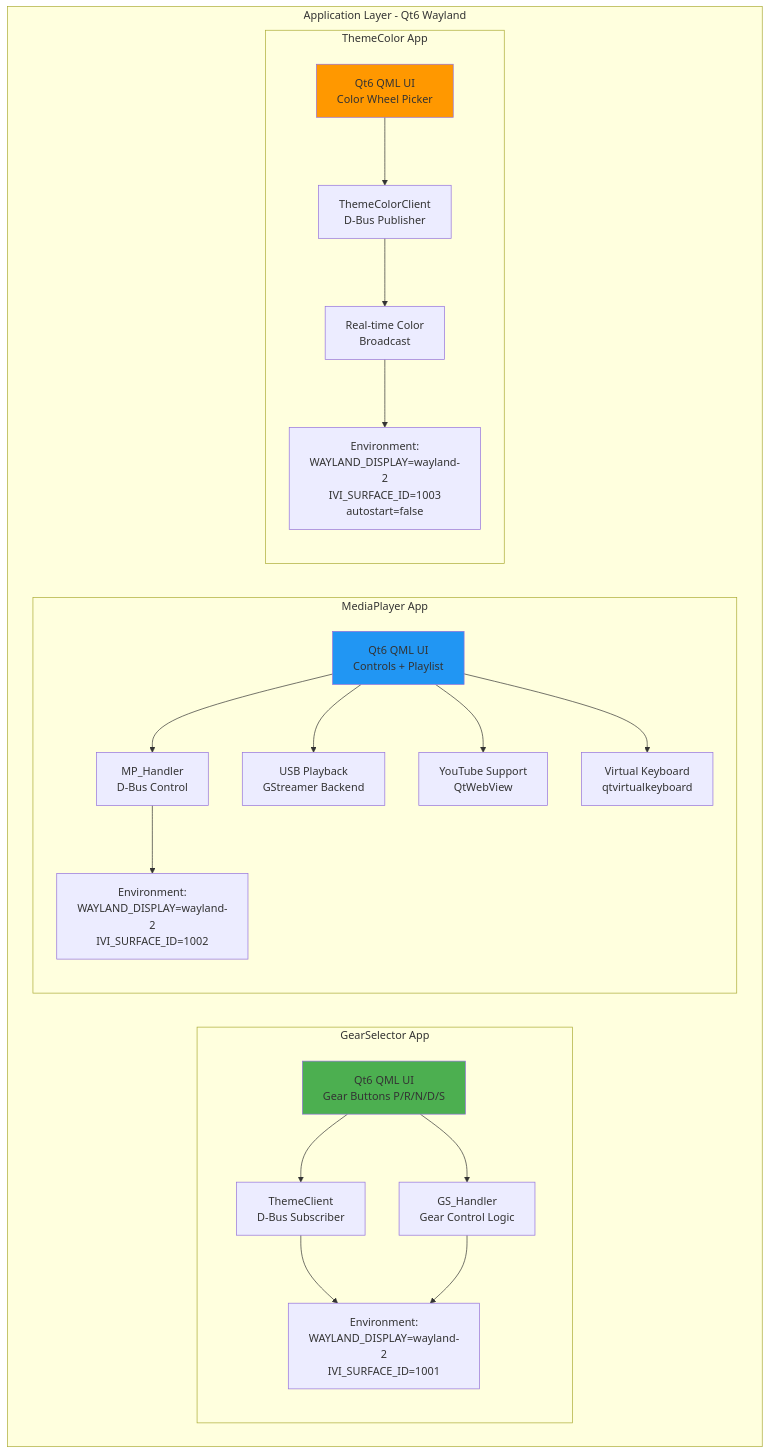
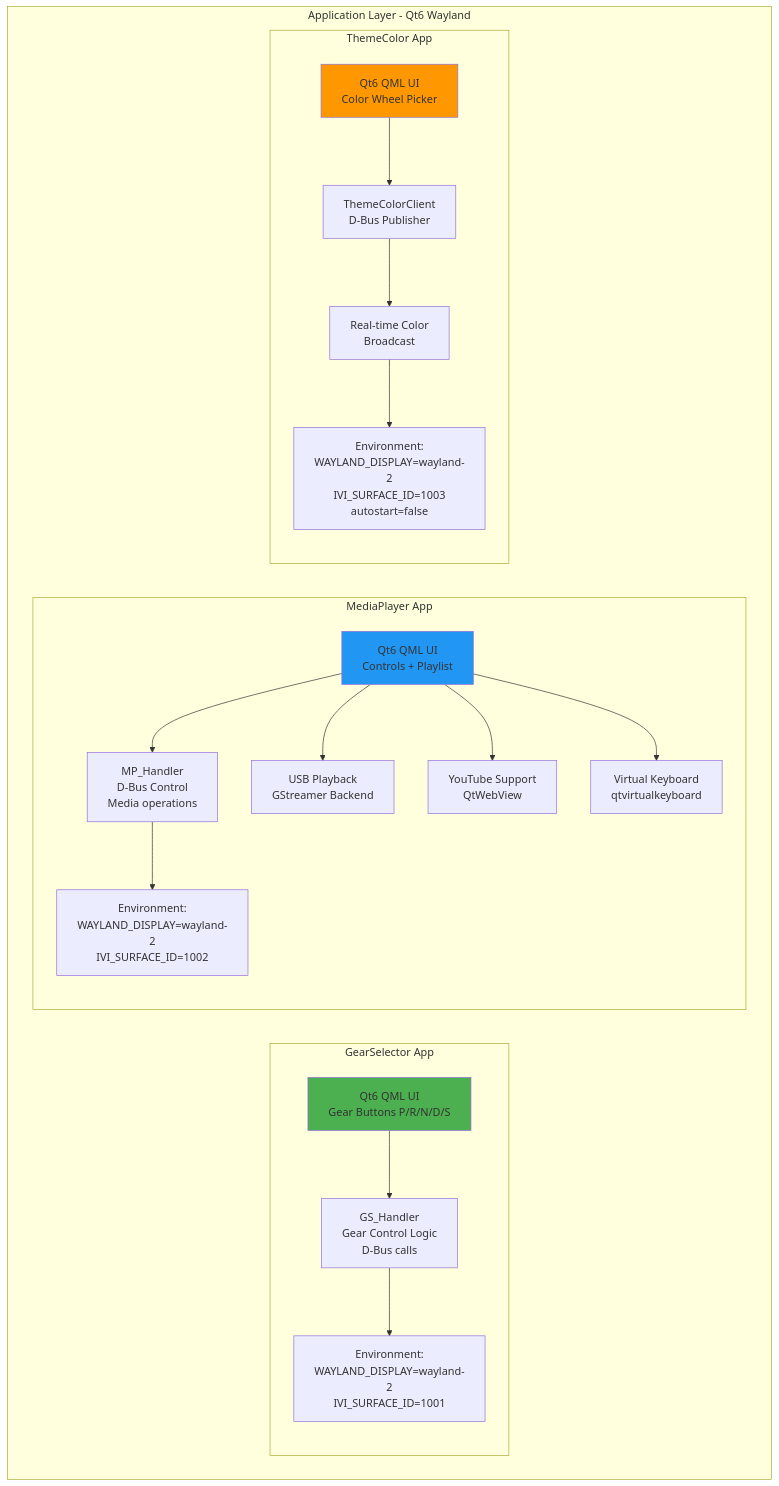
The second of 18 diagrams in yocto/readme.md (saicharansathyam/DES_Head-Unit), drawn with Mermaid before and after one commit. The commit also changed other lines of this file, not shown here.

````diff
--- a/yocto/readme.md
+++ b/yocto/readme.md
@@ -100,46 +102,43 @@
 ```mermaid
 graph TB
     subgraph "Application Layer - Qt6 Wayland"
         subgraph "GearSelector App"
             GS_QML[Qt6 QML UI<br/>Gear Buttons P/R/N/D/S]
-            GS_TC[ThemeClient<br/>D-Bus Subscriber]
-            GS_HANDLER[GS_Handler<br/>Gear Control Logic]
+            GS_HANDLER[GS_Handler<br/>Gear Control Logic<br/>D-Bus calls]
             GS_ENV[Environment:<br/>WAYLAND_DISPLAY=wayland-2<br/>IVI_SURFACE_ID=1001]
         end
 
         subgraph "MediaPlayer App"
             MP_QML[Qt6 QML UI<br/>Controls + Playlist]
-            MP_HANDLER[MP_Handler<br/>D-Bus Control]
+            MP_HANDLER[MP_Handler<br/>D-Bus Control<br/>Media operations]
             MP_USB[USB Playback<br/>GStreamer Backend]
             MP_YT[YouTube Support<br/>QtWebView]
             MP_KB[Virtual Keyboard<br/>qtvirtualkeyboard]
             MP_ENV[Environment:<br/>WAYLAND_DISPLAY=wayland-2<br/>IVI_SURFACE_ID=1002]
         end
 
         subgraph "ThemeColor App"
             TC_QML[Qt6 QML UI<br/>Color Wheel Picker]
             TC_CLIENT[ThemeColorClient<br/>D-Bus Publisher]
             TC_BROADCAST[Real-time Color<br/>Broadcast]
             TC_ENV[Environment:<br/>WAYLAND_DISPLAY=wayland-2<br/>IVI_SURFACE_ID=1003<br/>autostart=false]
         end
     end
 
-    GS_QML --> GS_TC
     GS_QML --> GS_HANDLER
-    GS_TC --> GS_ENV
     GS_HANDLER --> GS_ENV
 
     MP_QML --> MP_HANDLER
     MP_QML --> MP_USB
     MP_QML --> MP_YT
     MP_QML --> MP_KB
     MP_HANDLER --> MP_ENV
 
     TC_QML --> TC_CLIENT
     TC_CLIENT --> TC_BROADCAST
     TC_BROADCAST --> TC_ENV
 
     style GS_QML fill:#4CAF50
     style MP_QML fill:#2196F3
     style TC_QML fill:#FF9800
 ```
````
